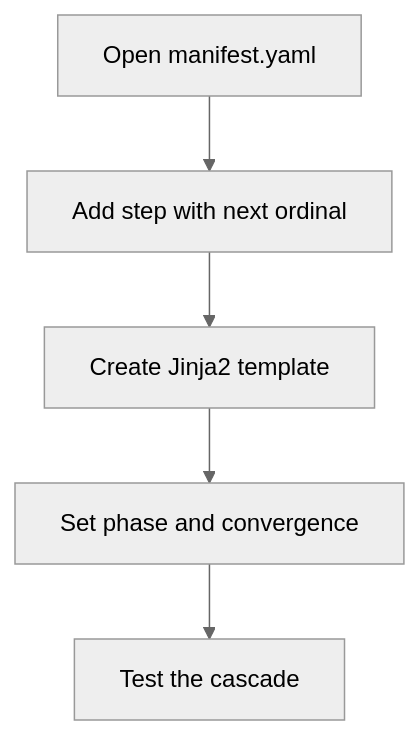
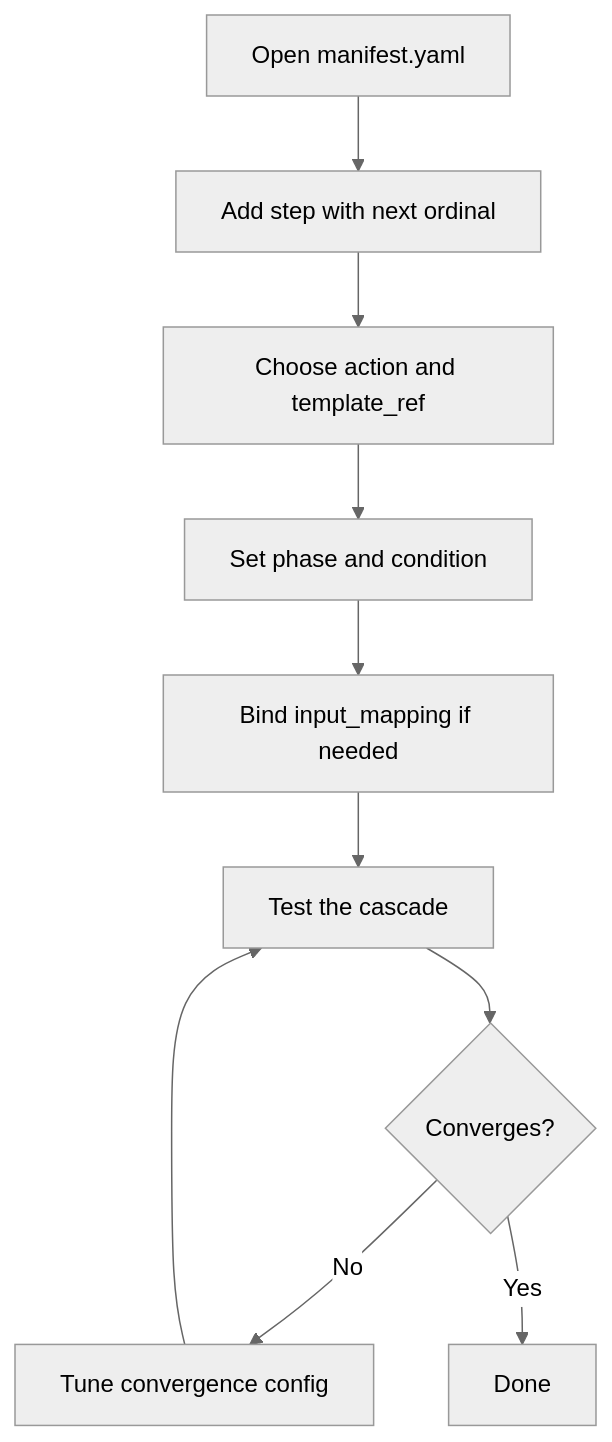
The diagram in kask/docs/diataxis/hkask-templates/how-to.md (mdz-axo/zed-kask), drawn with Mermaid (neutral theme) before and after one commit. The commit also changed other lines of this file and 41 other files, not shown here.

````diff
--- a/kask/docs/diataxis/hkask-templates/how-to.md
+++ b/kask/docs/diataxis/hkask-templates/how-to.md
@@ -33,7 +43,12 @@
 ```mermaid
 flowchart TD
     A[Open manifest.yaml] --> B[Add step with next ordinal]
-    B --> C[Create Jinja2 template]
-    C --> D[Set phase and convergence]
-    D --> E[Test the cascade]
+    B --> C[Choose action and template_ref]
+    C --> D[Set phase and condition]
+    D --> E[Bind input_mapping if needed]
+    E --> F[Test the cascade]
+    F --> G{Converges?}
+    G -- No --> H[Tune convergence config]
+    H --> F
+    G -- Yes --> I[Done]
 ```
````
